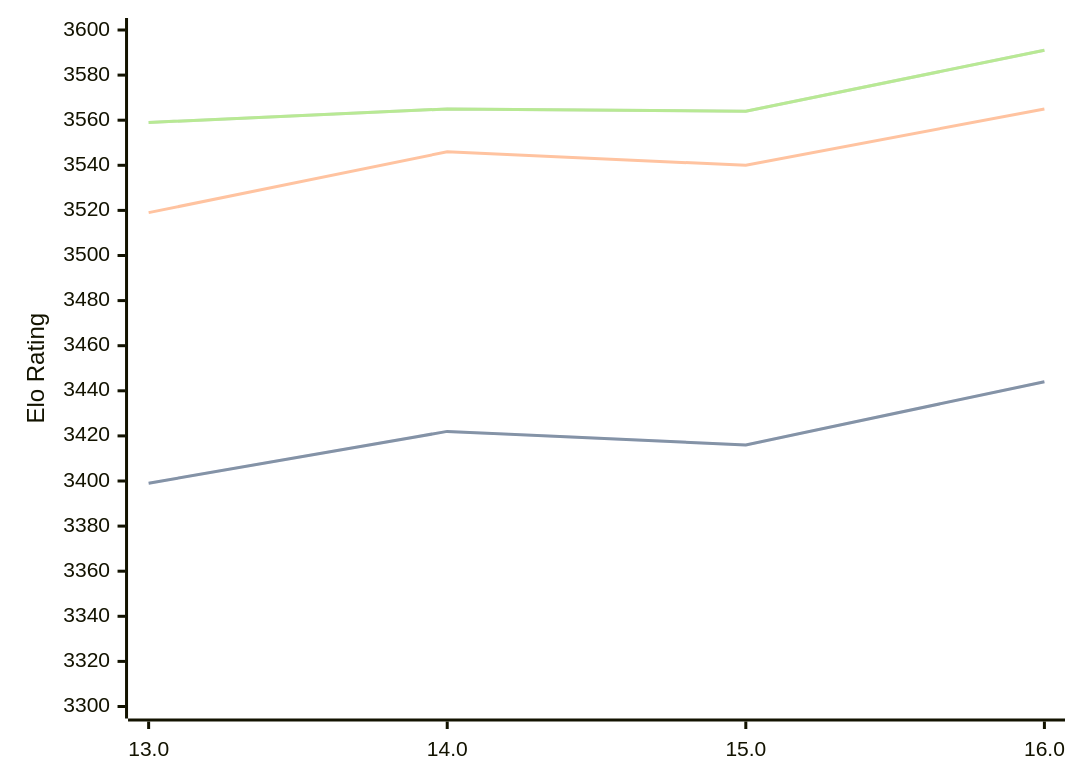
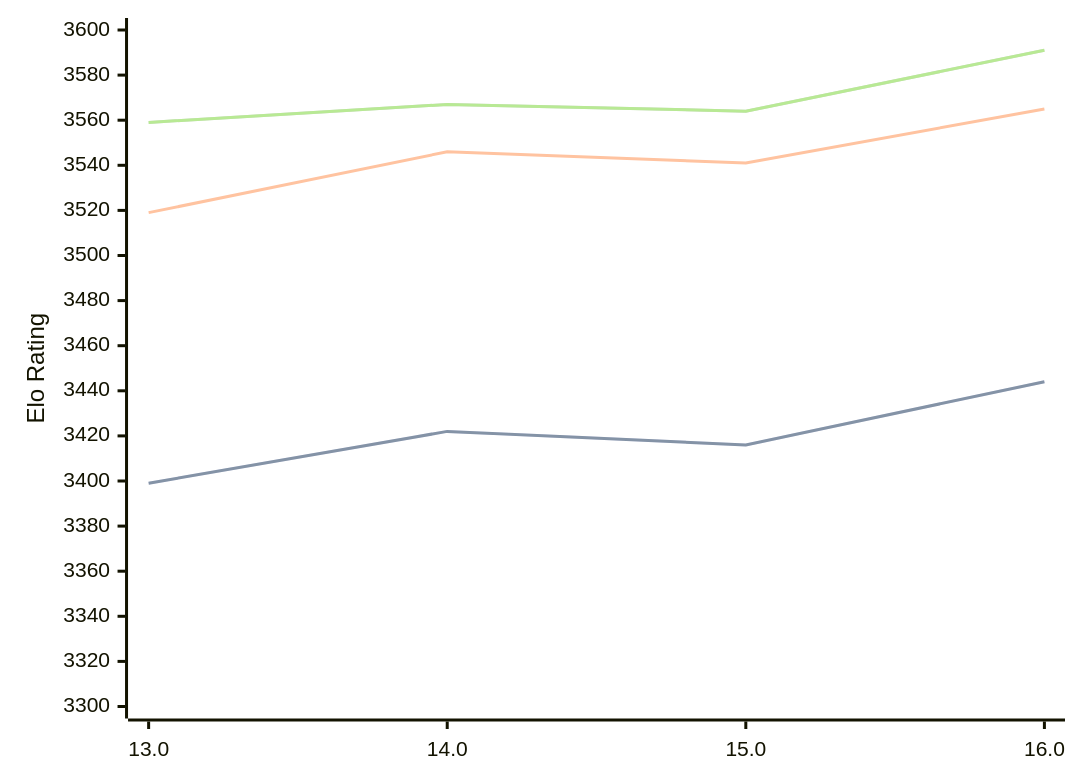
One commit to computer-chess-index/cci changed the diagram in engines/Obsidian.md. Above: the diagram before and after it, drawn with Mermaid. The commit also changed other lines of this file, not shown here.

Commit message:
Update CCI Ratings (ELO VLTC) - 2026-09-18

````diff
--- a/engines/Obsidian.md
+++ b/engines/Obsidian.md
@@ -34,11 +34,11 @@
 ```mermaid
 %%{init: {"theme":"base","themeVariables":{"seriesColors:['#a3a3a3','#222221','#faa371']}}}%%
 xychart-beta
   x-axis ["13.0", "14.0", "15.0", "16.0"]
   y-axis "Elo Rating" 3300 --> 3600
   line "" [3399, 3422, 3416, 3444]
   line "STC (8.0+0.08s)" [3399, 3422, 3416, 3444]
-  line "LTC (60.0+0.60s)" [3519, 3546, 3540, 3565]
-  line "" [3559, 3565, 3564, 3591]
-  line "VLTC (2m24s+1.12s)" [3559, 3565, 3564, 3591]
+  line "LTC (60.0+0.60s)" [3519, 3546, 3541, 3565]
+  line "" [3559, 3567, 3564, 3591]
+  line "VLTC (2m24s+1.12s)" [3559, 3567, 3564, 3591]
 ```
````
